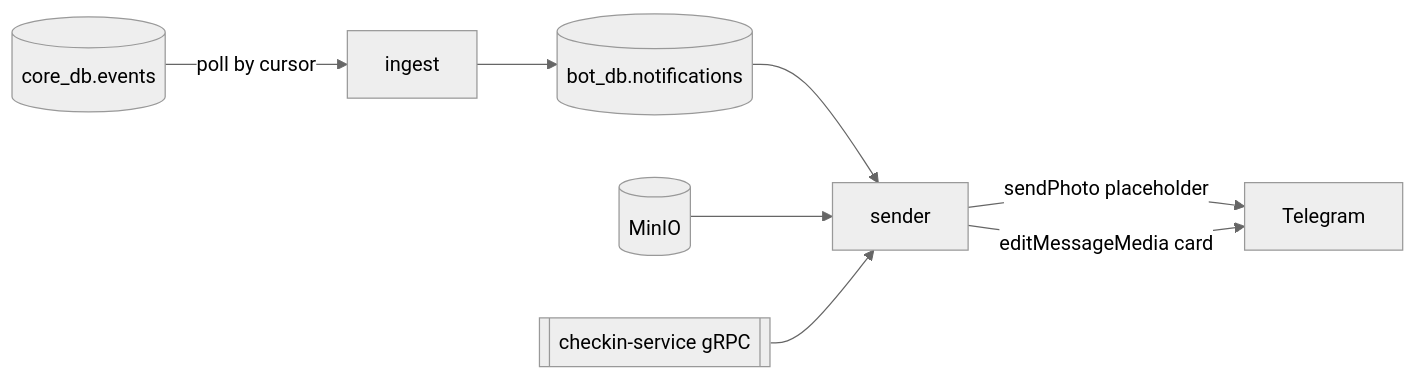
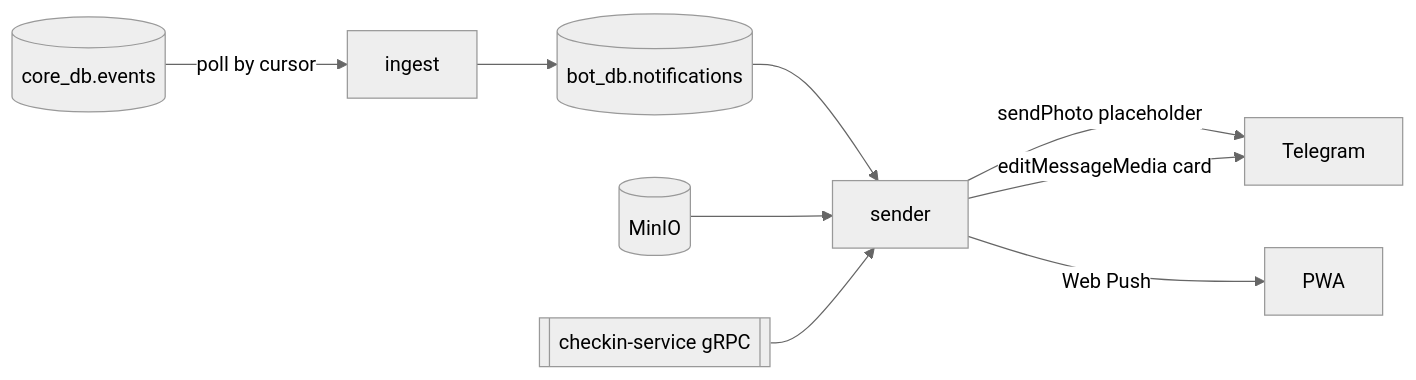
One commit to kosttiik/BuddyGym changed the diagram in bot-service/README.md. Above: the diagram before and after it, drawn with Mermaid (neutral theme). The commit also changed other lines of this file and 38 other files, not shown here.

Commit message:
add web auth, linked accounts and push delivery

````diff
--- a/bot-service/README.md
+++ b/bot-service/README.md
@@ -8,10 +9,11 @@
 ```mermaid
 flowchart LR
     core[(core_db.events)] -->|poll by cursor| consumer[ingest]
     consumer --> queue[(bot_db.notifications)]
     queue --> sender[sender]
     sender -->|sendPhoto placeholder| tg[Telegram]
     sender -->|editMessageMedia card| tg
+    sender -->|Web Push| pwa[PWA]
     minio[(MinIO)] --> sender
     checkin[[checkin-service gRPC]] --> sender
 ```
````
